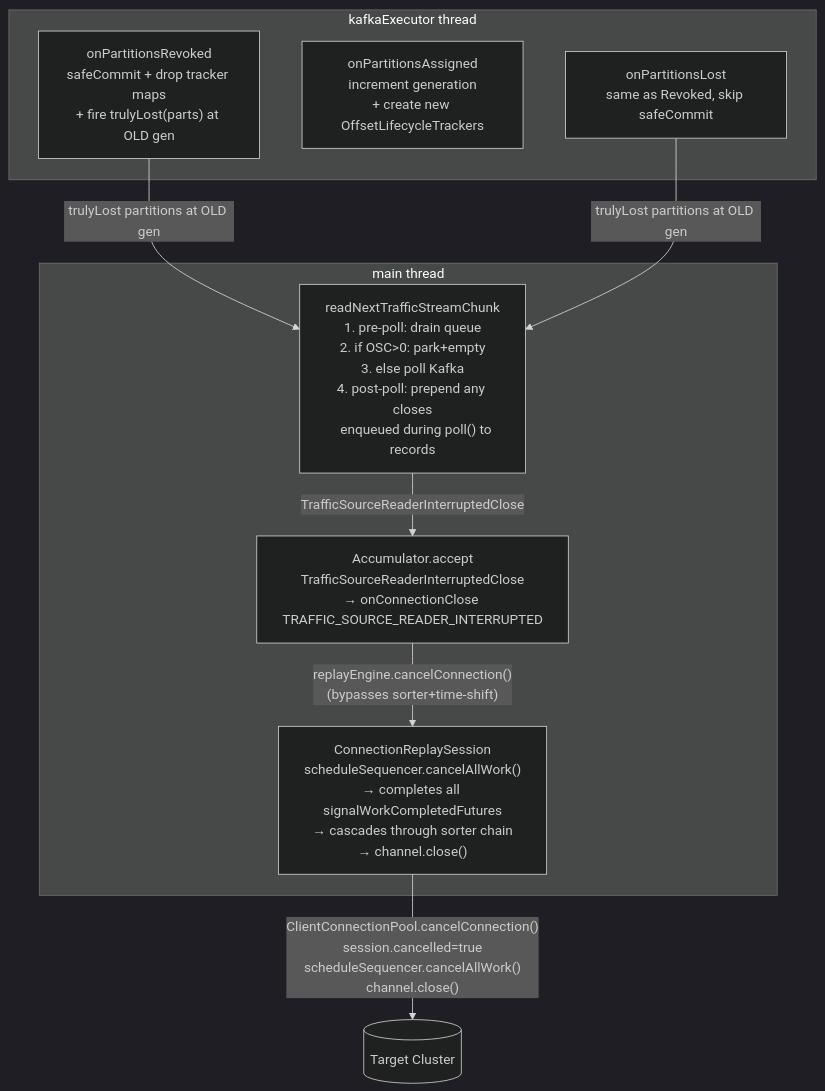
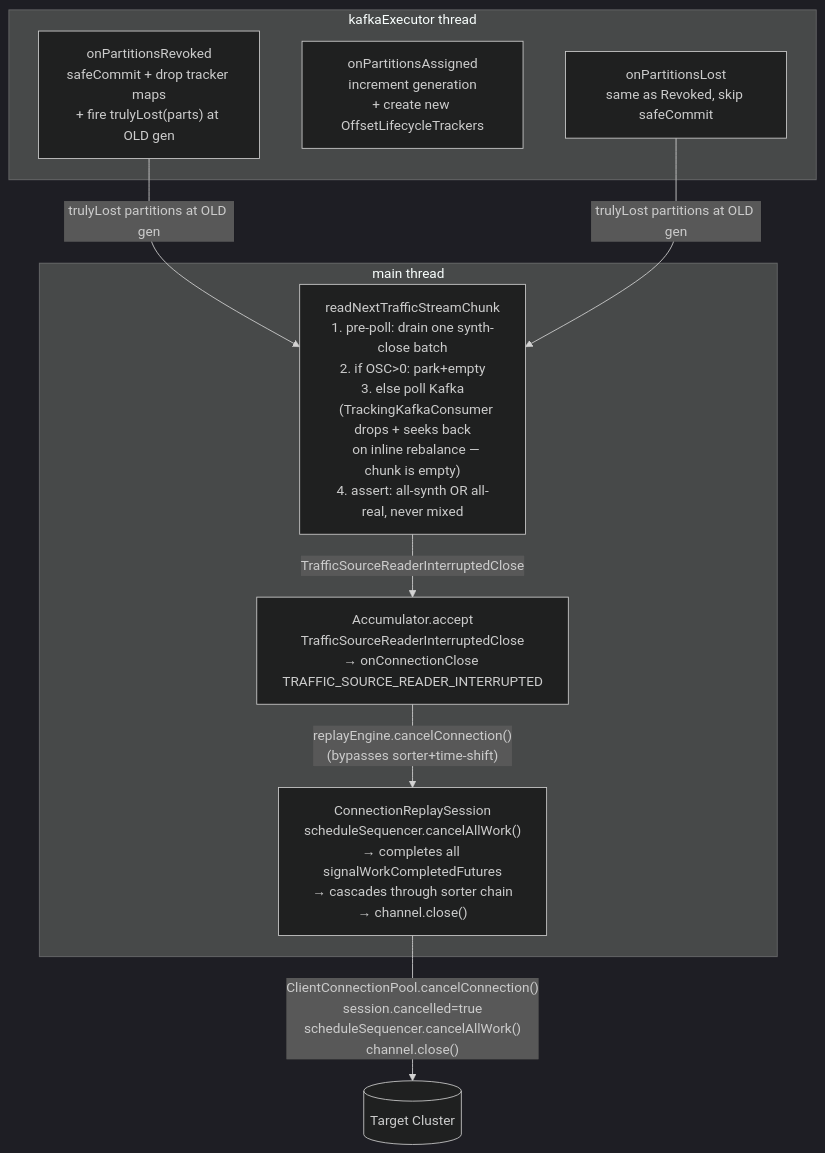
Before and after one commit to opensearch-project/opensearch-migrations: the fourth of 4 diagrams in docs/replayerArchitecture.md, drawn with Mermaid (dark theme). The commit also changed other lines of this file and 5 other files, not shown here.

First line of the commit message:
refactor(replayer): drop+seek-back on inline rebalance; never mix synth+real in one chunk

````diff
--- a/docs/replayerArchitecture.md
+++ b/docs/replayerArchitecture.md
@@ -550,20 +552,20 @@
 ```mermaid
 flowchart TD
     subgraph kafkaExecutor["kafkaExecutor thread"]
         REV["onPartitionsRevoked\nsafeCommit + drop tracker maps\n+ fire trulyLost(parts) at OLD gen"]
         ASN["onPartitionsAssigned\nincrement generation\n+ create new OffsetLifecycleTrackers"]
         LOST["onPartitionsLost\nsame as Revoked, skip safeCommit"]
     end
 
     subgraph mainThread["main thread"]
-        SYNTH["readNextTrafficStreamChunk\n1. pre-poll: drain queue\n2. if OSC>0: park+empty\n3. else poll Kafka\n4. post-poll: prepend any closes\n   enqueued during poll() to records"]
+        SYNTH["readNextTrafficStreamChunk\n1. pre-poll: drain one synth-close batch\n2. if OSC>0: park+empty\n3. else poll Kafka\n   (TrackingKafkaConsumer drops + seeks back\n   on inline rebalance — chunk is empty)\n4. assert: all-synth OR all-real, never mixed"]
         ACC2[Accumulator.accept\nTrafficSourceReaderInterruptedClose\n→ onConnectionClose TRAFFIC_SOURCE_READER_INTERRUPTED]
         CANCEL["ConnectionReplaySession\nscheduleSequencer.cancelAllWork()\n→ completes all signalWorkCompletedFutures\n→ cascades through sorter chain\n→ channel.close()"]
     end
 
     REV -->|trulyLost partitions at OLD gen| SYNTH
     LOST -->|trulyLost partitions at OLD gen| SYNTH
     SYNTH -->|TrafficSourceReaderInterruptedClose| ACC2
     ACC2 -->|"replayEngine.cancelConnection()\n(bypasses sorter+time-shift)"| CANCEL
     CANCEL -->|"ClientConnectionPool.cancelConnection()\nsession.cancelled=true\nscheduleSequencer.cancelAllWork()\nchannel.close()"| Target[(Target Cluster)]
 ```
````
